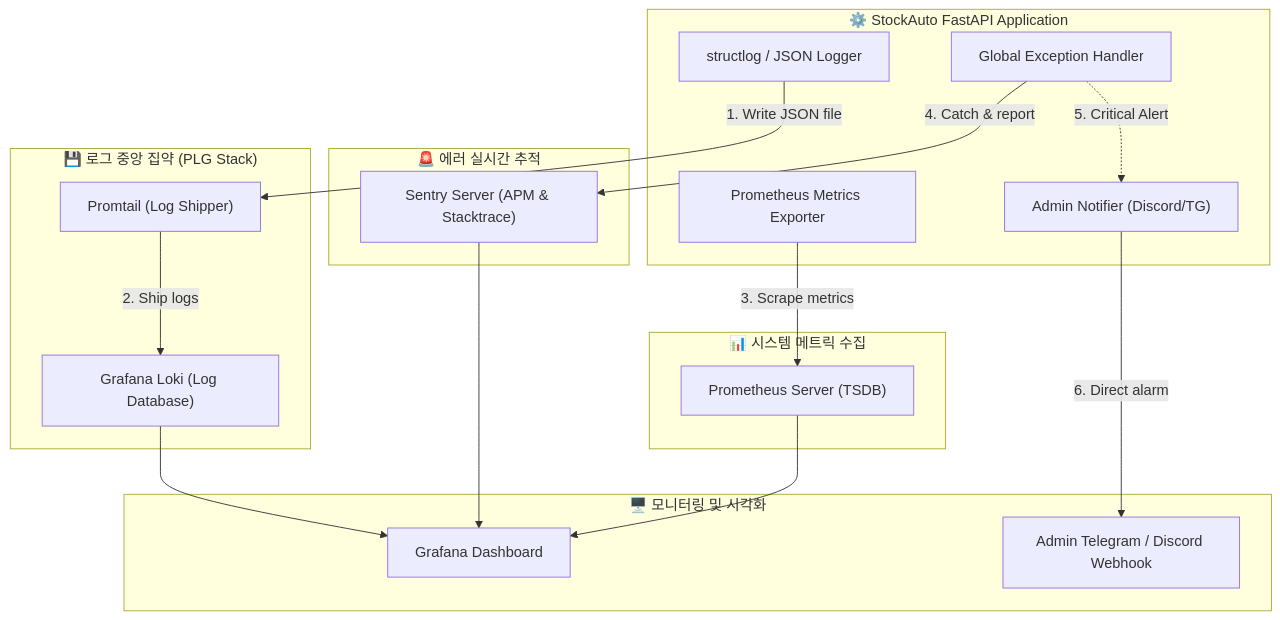
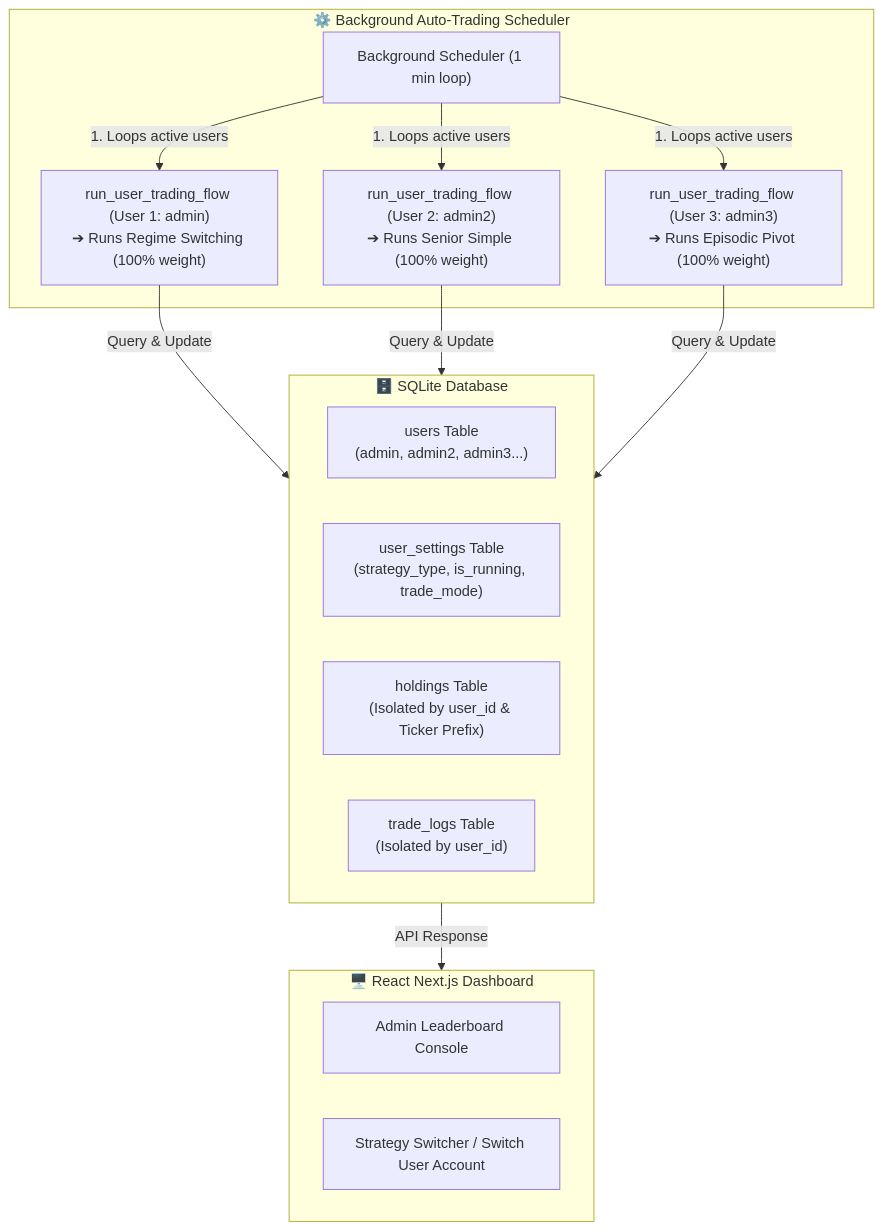
Before and after one commit to CarpediemBDev/stockAuto: the diagram in docs/implementation_plan.md, drawn with Mermaid. The commit also changed other lines of this file and 23 other files, not shown here.

````diff
--- a/docs/implementation_plan.md
+++ b/docs/implementation_plan.md
@@ -31,39 +35,32 @@
 ```mermaid
 graph TD
-    subgraph StockAuto_App ["⚙️ StockAuto FastAPI Application"]
-        Log_JSON["structlog / JSON Logger"]
-        Err_Handler["Global Exception Handler"]
-        Metrics_Exp["Prometheus Metrics Exporter"]
-        Admin_Alert["Admin Notifier (Discord/TG)"]
+    subgraph Database ["🗄️ SQLite Database"]
+        Users_Table["users Table<br>(admin, admin2, admin3...)"]
+        Settings_Table["user_settings Table<br>(strategy_type, is_running, trade_mode)"]
+        Holdings_Table["holdings Table<br>(Isolated by user_id & Ticker Prefix)"]
+        Logs_Table["trade_logs Table<br>(Isolated by user_id)"]
     end
 
-    subgraph Error_Tracking ["🚨 에러 실시간 추적"]
-        Sentry["Sentry Server (APM & Stacktrace)"]
+    subgraph Scheduler_Engine ["⚙️ Background Auto-Trading Scheduler"]
+        Scheduler["Background Scheduler (1 min loop)"]
+        User_Flow_A["run_user_trading_flow (User 1: admin)<br>➔ Runs Regime Switching (100% weight)"]
+        User_Flow_B["run_user_trading_flow (User 2: admin2)<br>➔ Runs Senior Simple (100% weight)"]
+        User_Flow_C["run_user_trading_flow (User 3: admin3)<br>➔ Runs Episodic Pivot (100% weight)"]
     end
 
-    subgraph Log_Aggregator ["💾 로그 중앙 집약 (PLG Stack)"]
-        Promtail["Promtail (Log Shipper)"]
-        Loki["Grafana Loki (Log Database)"]
-    end
-
-    subgraph Metrics_Collector ["📊 시스템 메트릭 수집"]
-        Prometheus["Prometheus Server (TSDB)"]
-    end
-
-    subgraph Visualization_Alert ["🖥️ 모니터링 및 시각화"]
-        Grafana["Grafana Dashboard"]
-        Slack_TG["Admin Telegram / Discord Webhook"]
+    subgraph UI_Console ["🖥️ React Next.js Dashboard"]
+        Dashboard["Admin Leaderboard Console"]
+        User_Selector["Strategy Switcher / Switch User Account"]
     end
 
     %% Flow Connections
-    Log_JSON -->|1. Write JSON file| Promtail
-    Promtail -->|2. Ship logs| Loki
-    Metrics_Exp -->|3. Scrape metrics| Prometheus
-    Err_Handler -->|4. Catch & report| Sentry
-    Err_Handler -.->|5. Critical Alert| Admin_Alert
-    Admin_Alert -->|6. Direct alarm| Slack_TG
+    Scheduler -->|1. Loops active users| User_Flow_A
+    Scheduler -->|1. Loops active users| User_Flow_B
+    Scheduler -->|1. Loops active users| User_Flow_C
 
-    Loki --> Grafana
-    Prometheus --> Grafana
-    Sentry --> Grafana
+    User_Flow_A -->|Query & Update| Database
+    User_Flow_B -->|Query & Update| Database
+    User_Flow_C -->|Query & Update| Database
+
+    Database -->|API Response| UI_Console
 ```
````
